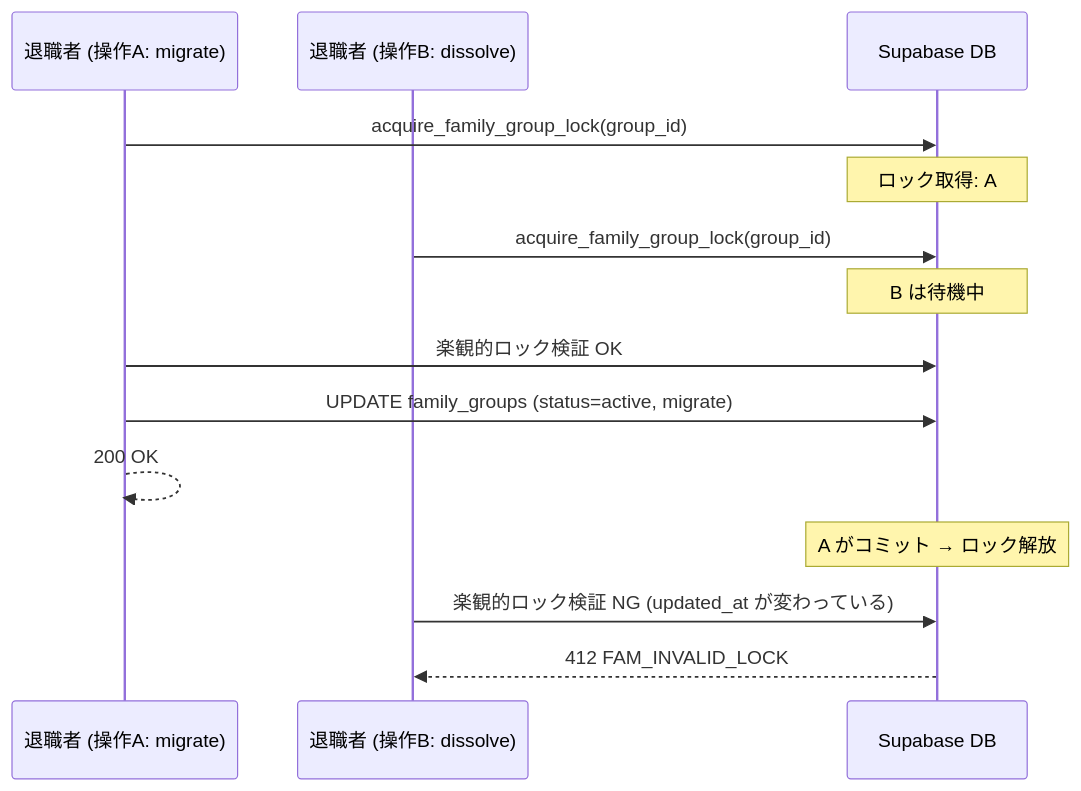
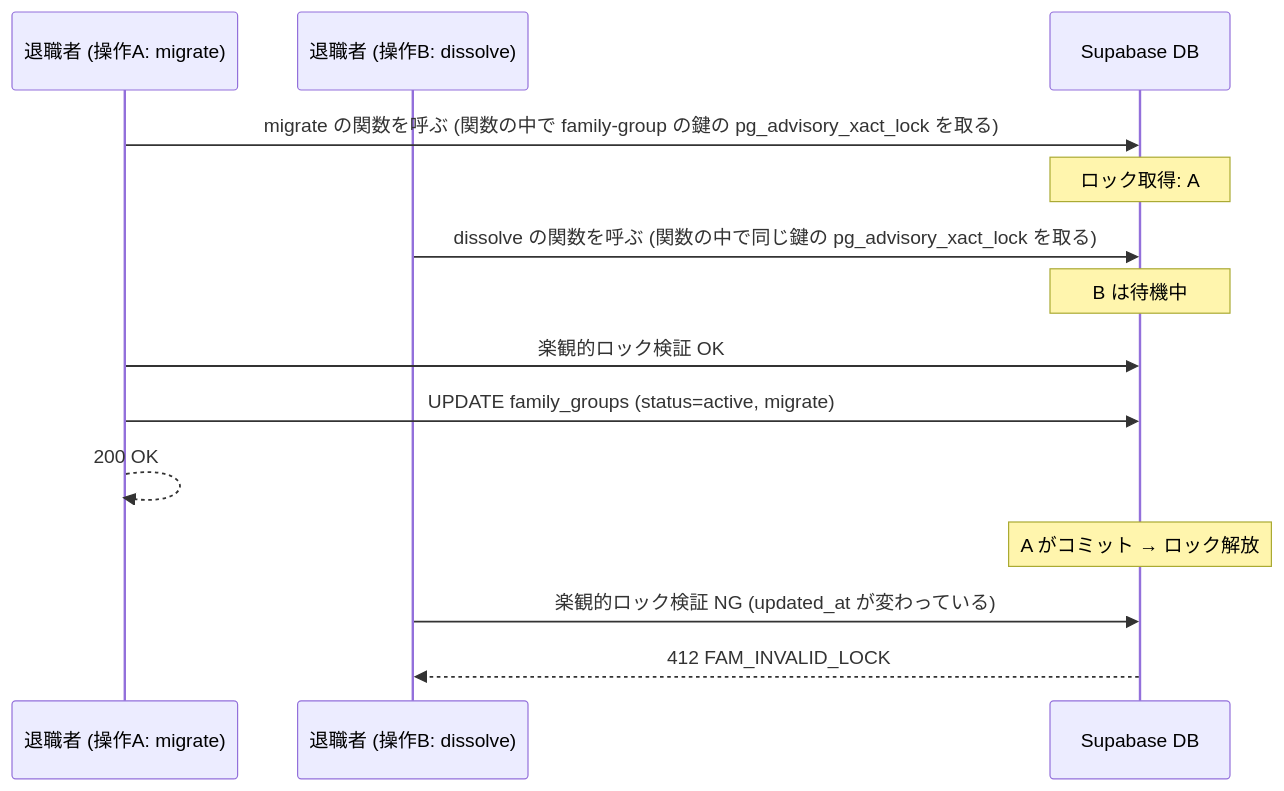
The first of 4 diagrams in docs/design/family/07-lifecycle.md (DaisukeHori/homegohan-app), drawn with Mermaid before and after one commit. The commit also changed other lines of this file and 6 other files, not shown here.

Commit message:
docs(design): advisory lock は仕事をする SECURITY DEFINER の関数の中で取る形に全域でそろえる (cross/02 §6.2.1・§6.3・family/02・07・org/02・04・05)

````diff
--- a/docs/design/family/07-lifecycle.md
+++ b/docs/design/family/07-lifecycle.md
@@ -114,19 +114,19 @@
 ```mermaid
 sequenceDiagram
   participant A as 退職者 (操作A: migrate)
   participant B as 退職者 (操作B: dissolve)
   participant DB as Supabase DB
 
-  A->>DB: acquire_family_group_lock(group_id)
+  A->>DB: migrate の関数を呼ぶ (関数の中で family-group の鍵の pg_advisory_xact_lock を取る)
   Note over DB: ロック取得: A
-  B->>DB: acquire_family_group_lock(group_id)
+  B->>DB: dissolve の関数を呼ぶ (関数の中で同じ鍵の pg_advisory_xact_lock を取る)
   Note over DB: B は待機中
 
   A->>DB: 楽観的ロック検証 OK
   A->>DB: UPDATE family_groups (status=active, migrate)
   A-->>A: 200 OK
   Note over DB: A がコミット → ロック解放
 
   B->>DB: 楽観的ロック検証 NG (updated_at が変わっている)
   DB-->>B: 412 FAM_INVALID_LOCK
 ```
````
